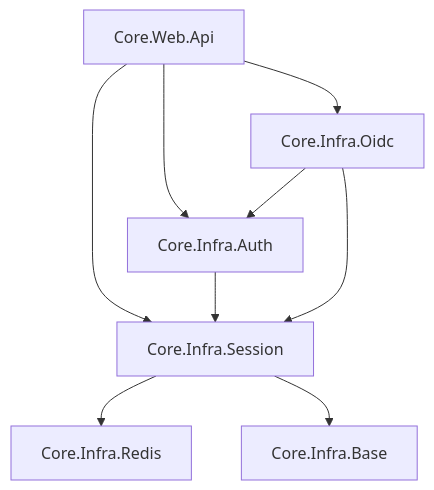
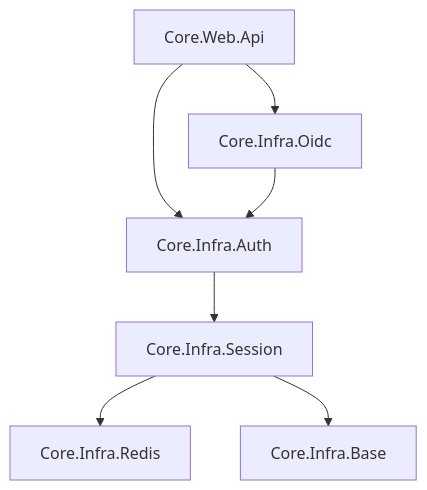
One commit to badpaybad/a.i-assistant-chatbot-telegram-serverles changed the diagram in TreeOfThought/docs/backend/phattrien.md. Above: the diagram before and after it, drawn with Mermaid. The commit also changed other lines of this file and 11 other files, not shown here.

Commit message:
refactor sessin auth oidc

````diff
--- a/TreeOfThought/docs/backend/phattrien.md
+++ b/TreeOfThought/docs/backend/phattrien.md
@@ -78,13 +89,11 @@
 ```mermaid
 graph TD
     API[Core.Web.Api] --> Auth[Core.Infra.Auth]
     API --> Oidc[Core.Infra.Oidc]
-    API --> Session[Core.Infra.Session]
     
-    Auth --> Session
-    Oidc --> Session
     Oidc --> Auth
+    Auth --> Session[Core.Infra.Session]
     
     Session --> Redis[Core.Infra.Redis]
     Session --> Base[Core.Infra.Base]
 ```
````
